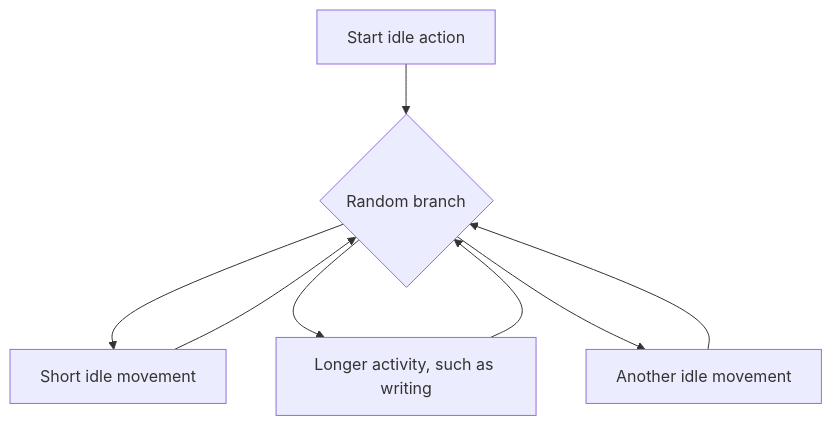
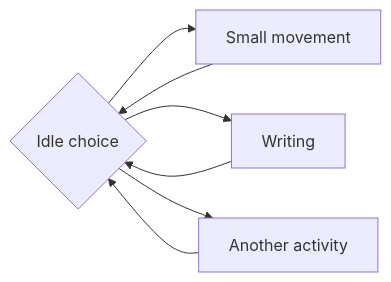
The first of 2 diagrams in README.md (nynexman4464/office-assistant-exporter), drawn with Mermaid before and after one commit. The commit also changed other lines of this file, not shown here.

Commit message:
Simplify idle explanation and trim setup instructions

````diff
--- a/README.md
+++ b/README.md
@@ -134,10 +109,9 @@
 ```mermaid
-flowchart TD
-    Entry[Start idle action] --> Choice{Random branch}
-    Choice --> A[Short idle movement]
-    Choice --> B[Longer activity, such as writing]
-    Choice --> C[Another idle movement]
+flowchart LR
+    Choice{Idle choice} --> A[Small movement]
+    Choice --> B[Writing]
+    Choice --> C[Another activity]
     A --> Choice
     B --> Choice
     C --> Choice
 ```
````
